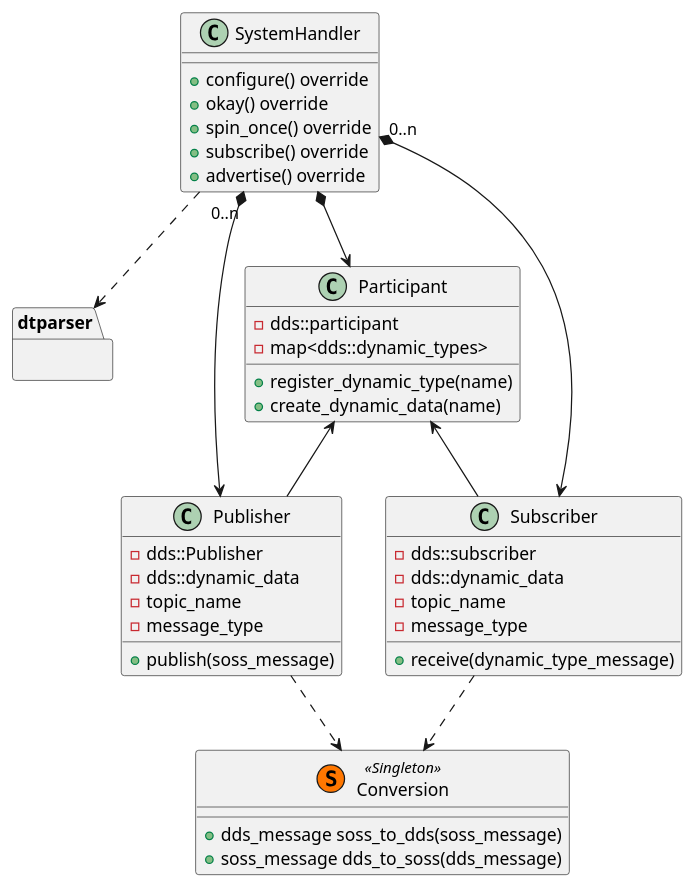
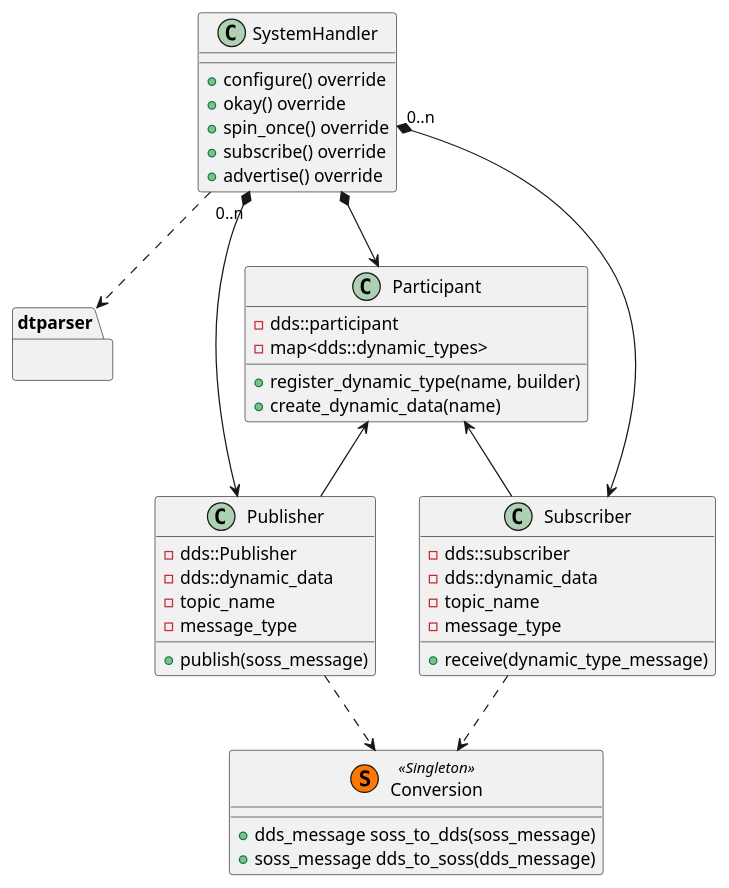
Before and after one commit to eProsima/FastDDS-SH: the diagram in dds/doc/diagram-design/class.puml, drawn with PlantUML. The commit also changed 7 other files, not shown here.

```diff
--- a/dds/doc/diagram-design/class.puml
+++ b/dds/doc/diagram-design/class.puml
@@ -1,53 +1,53 @@
 @startuml
 
 SystemHandler "0..n" *--> Publisher
 SystemHandler "0..n" *--> Subscriber
 SystemHandler *--> Participant
 SystemHandler ..> dtparser
 
 Participant <-- Publisher
 Participant <-- Subscriber
 
 Publisher ..> Conversion
 Subscriber ..> Conversion
 
 class SystemHandler {
     + configure() override
     + okay() override
     + spin_once() override
     + subscribe() override
     + advertise() override
 }
 
 class Participant {
     - dds::participant
     - map<dds::dynamic_types>
-    + register_dynamic_type(name)
+    + register_dynamic_type(name, builder)
     + create_dynamic_data(name)
 }
 
 class Publisher {
     - dds::Publisher
     - dds::dynamic_data
     - topic_name
     - message_type
     + publish(soss_message)
 }
 
 class Subscriber {
     - dds::subscriber
     - dds::dynamic_data
     - topic_name
     - message_type
     + receive(dynamic_type_message)
 }
 
 class Conversion << (S,#FF7700) Singleton >> {
     + dds_message soss_to_dds(soss_message)
     + soss_message dds_to_soss(dds_message)
 }
 
 package dtparser {
 }
 
 @enduml
```
